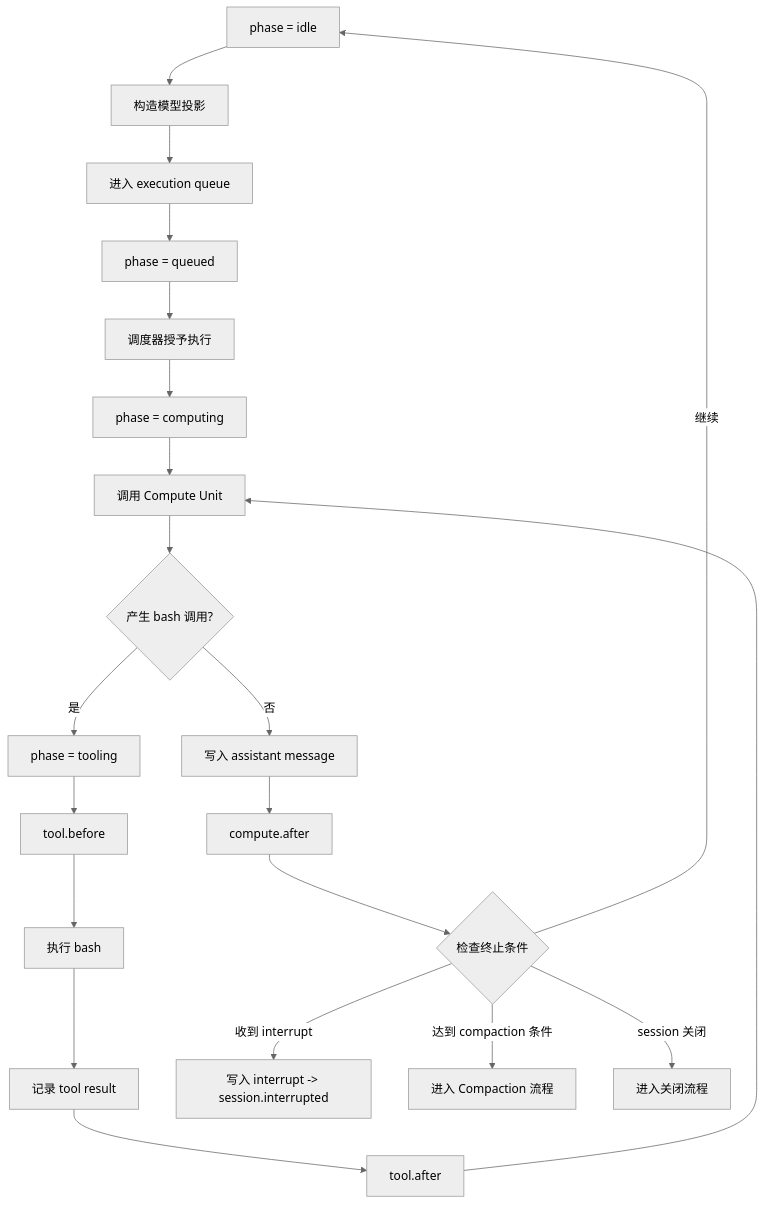
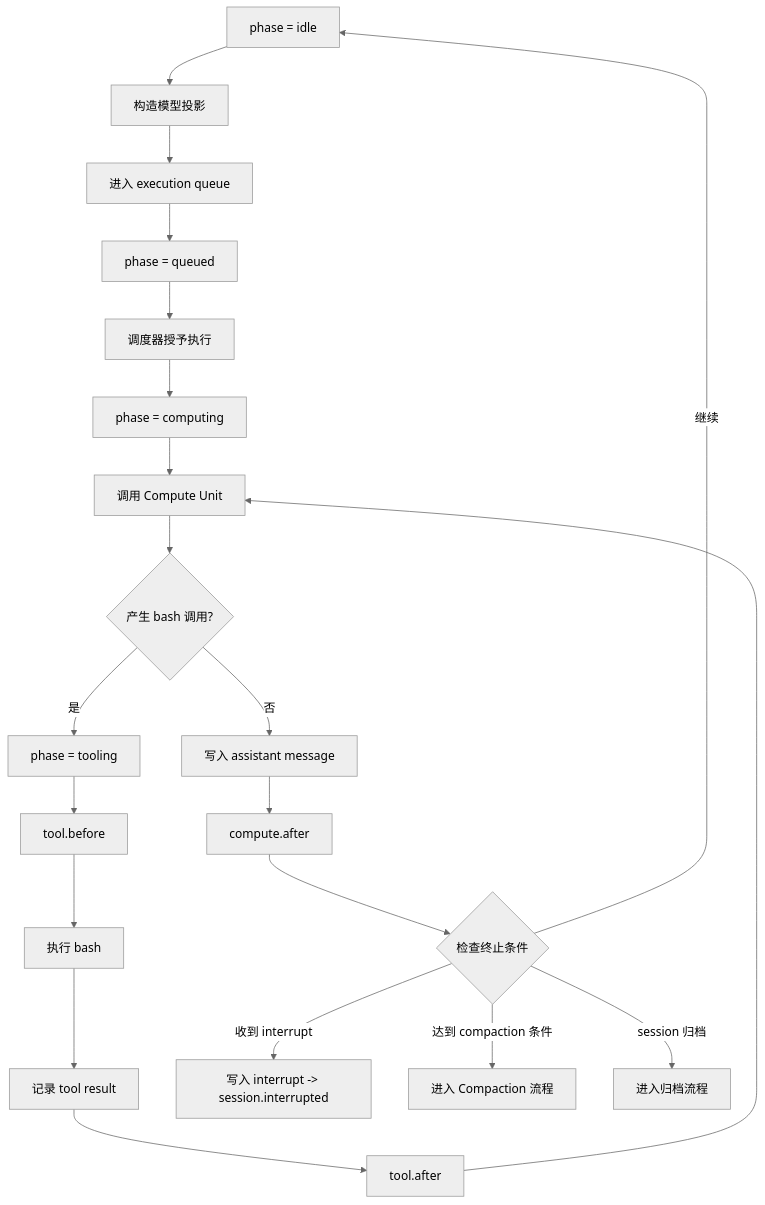
One commit to Huafucius/EvoPalantir changed the sixth of 6 diagrams in docs/charter/AgentOS-v0.72.md. Above: the diagram before and after it, drawn with Mermaid (neutral theme). The commit also changed other lines of this file and 1 other file, not shown here.

First line of the commit message:
docs(charter): add v0.73 with skill/plugin/pluginInstance model and unify v0.72 archive terminology

````diff
--- a/docs/charter/AgentOS-v0.72.md
+++ b/docs/charter/AgentOS-v0.72.md
@@ -794,26 +796,26 @@
 ```mermaid
 flowchart TD
     A[phase = idle] --> B[构造模型投影]
     B --> C[进入 execution queue]
     C --> D[phase = queued]
     D --> E[调度器授予执行]
     E --> F[phase = computing]
     F --> G[调用 Compute Unit]
     G --> H{产生 bash 调用?}
 
     H -->|是| I[phase = tooling]
     I --> J[tool.before]
     J --> K[执行 bash]
     K --> L[记录 tool result]
     L --> M[tool.after]
     M --> G
 
     H -->|否| N[写入 assistant message]
     N --> O[compute.after]
     O --> P{检查终止条件}
 
     P -->|继续| A
     P -->|收到 interrupt| Q[写入 interrupt -> session.interrupted]
     P -->|达到 compaction 条件| R[进入 Compaction 流程]
-    P -->|session 关闭| S[进入关闭流程]
+    P -->|session 归档| S[进入归档流程]
 ```
````
